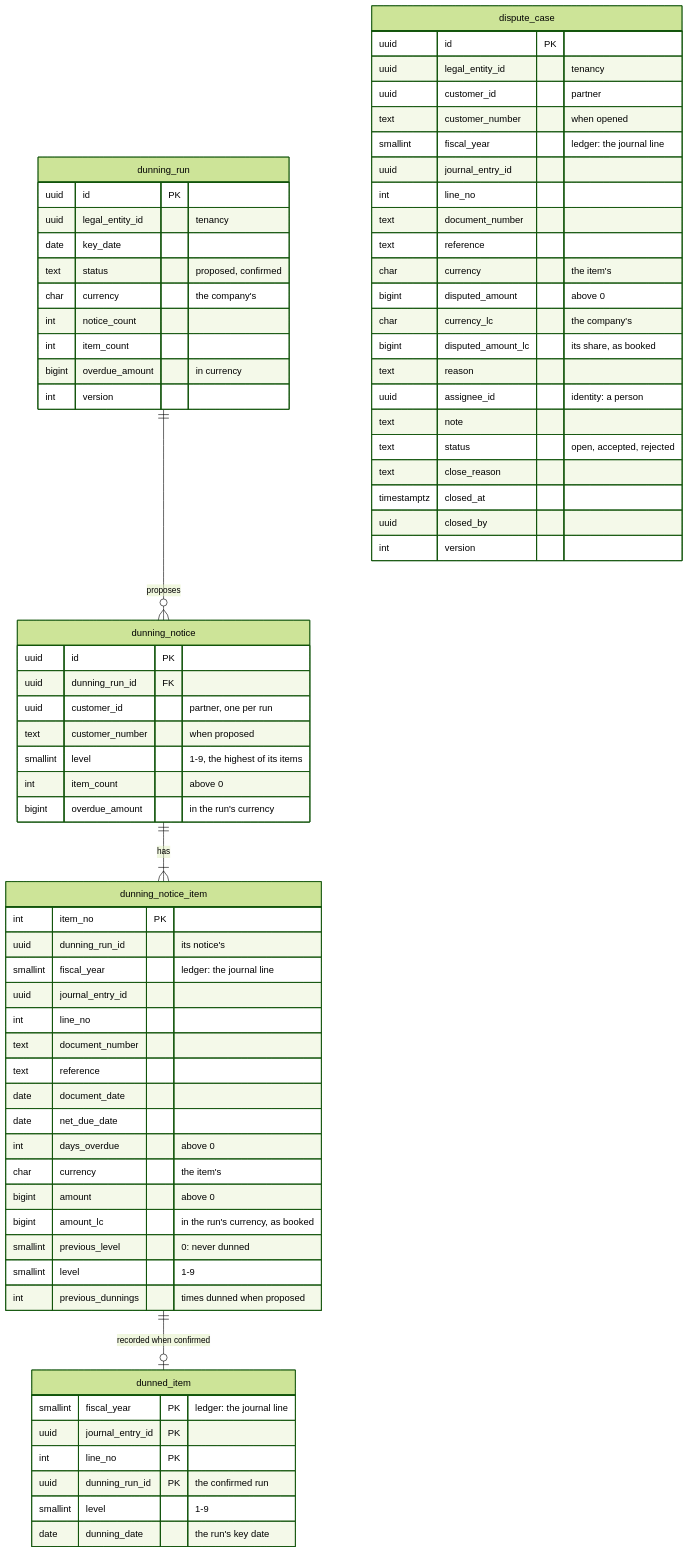
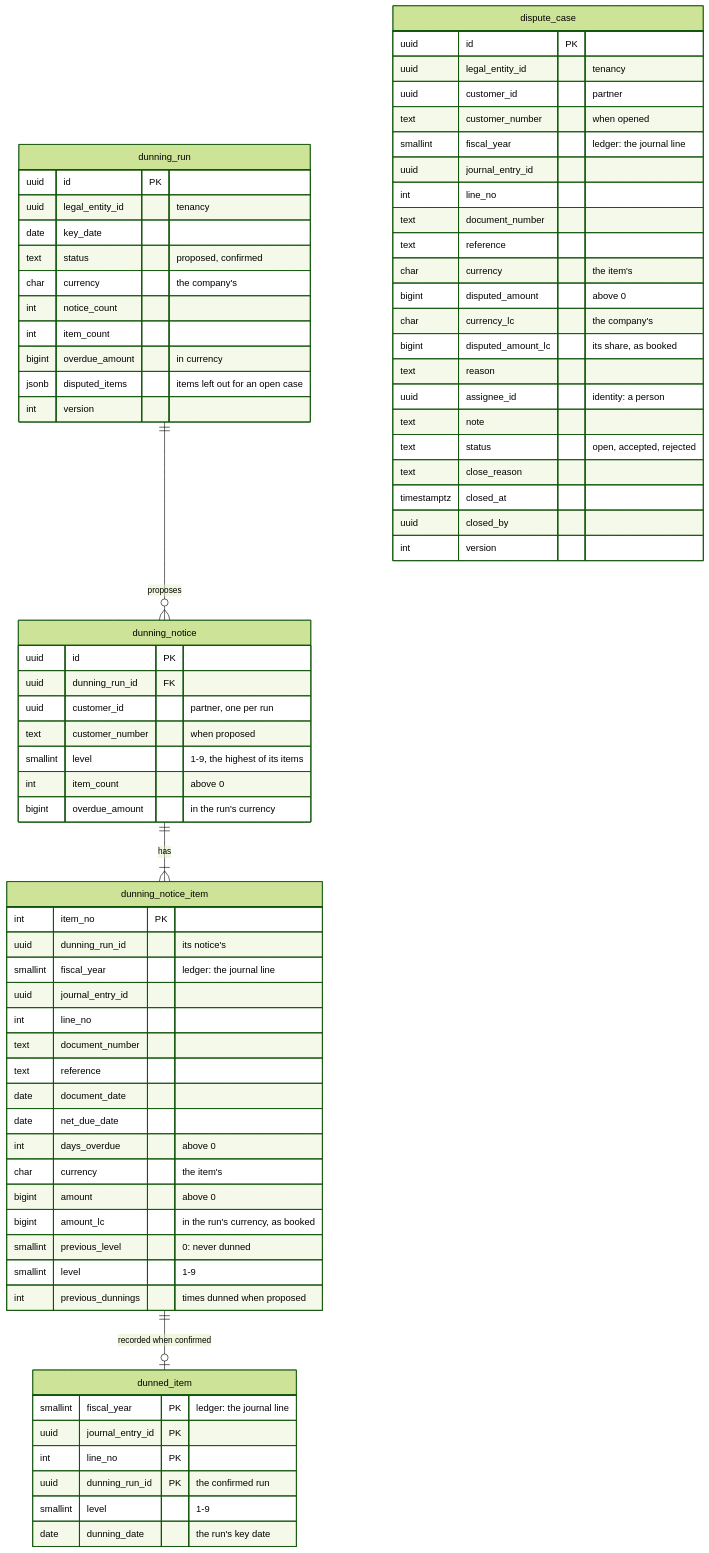
Before and after one commit to mustie7iy/agentic-erp: diagram 15 of 19 in docs/design/03-data-model.md, drawn with Mermaid (forest theme). The commit also changed other lines of this file and 21 other files, not shown here.

First line of the commit message:
T86b: disputed invoices left out of dunning and shown on the worklist (collections, ADR-0065 As built)

````diff
--- a/docs/design/03-data-model.md
+++ b/docs/design/03-data-model.md
@@ -4448,65 +4450,66 @@
 ```mermaid
 erDiagram
   dunning_run ||--o{ dunning_notice : "proposes"
   dunning_notice ||--|{ dunning_notice_item : "has"
   dunning_notice_item ||--o| dunned_item : "recorded when confirmed"
   dunning_run { uuid id PK
     uuid legal_entity_id "tenancy"
     date key_date
     text status "proposed, confirmed"
     char currency "the company's"
     int notice_count
     int item_count
     bigint overdue_amount "in currency"
+    jsonb disputed_items "items left out for an open case"
     int version }
   dunning_notice { uuid id PK
     uuid dunning_run_id FK
     uuid customer_id "partner, one per run"
     text customer_number "when proposed"
     smallint level "1-9, the highest of its items"
     int item_count "above 0"
     bigint overdue_amount "in the run's currency" }
   dunning_notice_item { int item_no PK
     uuid dunning_run_id "its notice's"
     smallint fiscal_year "ledger: the journal line"
     uuid journal_entry_id
     int line_no
     text document_number
     text reference
     date document_date
     date net_due_date
     int days_overdue "above 0"
     char currency "the item's"
     bigint amount "above 0"
     bigint amount_lc "in the run's currency, as booked"
     smallint previous_level "0: never dunned"
     smallint level "1-9"
     int previous_dunnings "times dunned when proposed" }
   dunned_item { smallint fiscal_year PK "ledger: the journal line"
     uuid journal_entry_id PK
     int line_no PK
     uuid dunning_run_id PK "the confirmed run"
     smallint level "1-9"
     date dunning_date "the run's key date" }
   dispute_case { uuid id PK
     uuid legal_entity_id "tenancy"
     uuid customer_id "partner"
     text customer_number "when opened"
     smallint fiscal_year "ledger: the journal line"
     uuid journal_entry_id
     int line_no
     text document_number
     text reference
     char currency "the item's"
     bigint disputed_amount "above 0"
     char currency_lc "the company's"
     bigint disputed_amount_lc "its share, as booked"
     text reason
     uuid assignee_id "identity: a person"
     text note
     text status "open, accepted, rejected"
     text close_reason
     timestamptz closed_at
     uuid closed_by
     int version }
 ```
````
